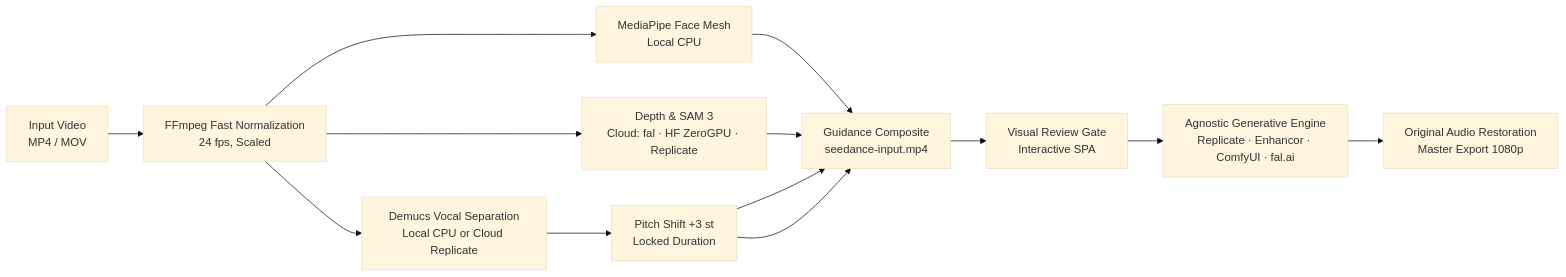
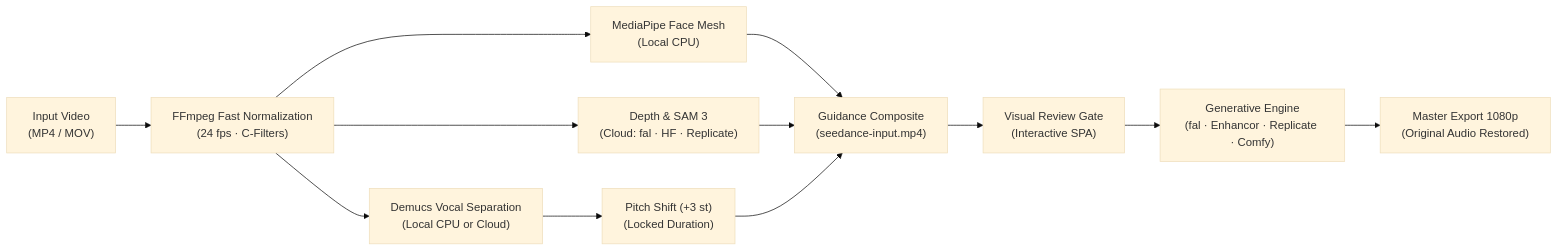
The diagram in README.md (tBeltty/studiotbelt), drawn with Mermaid (base theme) before and after one commit. The commit also changed other lines of this file and 42 other files, not shown here.

````diff
--- a/README.md
+++ b/README.md
@@ -69,13 +69,14 @@
 ```mermaid
 flowchart LR
-    A[Input Video\nMP4 / MOV] --> B[FFmpeg Fast Normalization\n24 fps, Scaled]
-    B --> C[MediaPipe Face Mesh\nLocal CPU]
-    B --> D[Depth & SAM 3\nCloud: fal · HF ZeroGPU · Replicate]
-    B --> E[Demucs Vocal Separation\nLocal CPU or Cloud Replicate]
-    E --> F[Pitch Shift +3 st\nLocked Duration]
-    C & F --> G[Guidance Composite\nseedance-input.mp4]
-    D & F --> G
-    G --> H[Visual Review Gate\nInteractive SPA]
-    H --> I[Agnostic Generative Engine\nReplicate · Enhancor · ComfyUI · fal.ai]
-    I --> J[Original Audio Restoration\nMaster Export 1080p]
+    A["Input Video<br/>(MP4 / MOV)"] --> B["FFmpeg Fast Normalization<br/>(24 fps · C-Filters)"]
+    B --> C["MediaPipe Face Mesh<br/>(Local CPU)"]
+    B --> D["Depth & SAM 3<br/>(Cloud: fal · HF · Replicate)"]
+    B --> E["Demucs Vocal Separation<br/>(Local CPU or Cloud)"]
+    E --> F["Pitch Shift (+3 st)<br/>(Locked Duration)"]
+    C --> G["Guidance Composite<br/>(seedance-input.mp4)"]
+    D --> G
+    F --> G
+    G --> H["Visual Review Gate<br/>(Interactive SPA)"]
+    H --> I["Generative Engine<br/>(fal · Enhancor · Replicate · Comfy)"]
+    I --> J["Master Export 1080p<br/>(Original Audio Restored)"]
 ```
````
